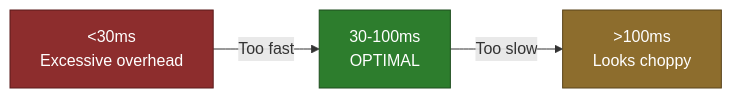
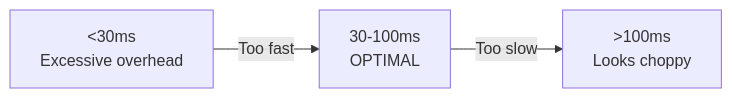
The first of 3 diagrams in _docs/technical/frontend/architecture/thread-rendering-research.md (haowjy/meridian-flow), drawn with Mermaid before and after one commit. The commit also changed other lines of this file and 46 other files, not shown here.

````diff
--- a/_docs/technical/frontend/architecture/thread-rendering-research.md
+++ b/_docs/technical/frontend/architecture/thread-rendering-research.md
@@ -268,9 +268,6 @@
 ```mermaid
 graph LR
     A[<30ms<br/>Excessive overhead] -->|Too fast| B[30-100ms<br/>OPTIMAL]
     B -->|Too slow| C[>100ms<br/>Looks choppy]
 
-    style A fill:#8d2d2d,stroke:#5a1a1a,color:#fff
-    style B fill:#2d7d2d,stroke:#1e4d1e,color:#fff
-    style C fill:#8d6d2d,stroke:#5a441a,color:#fff
 ```
````
